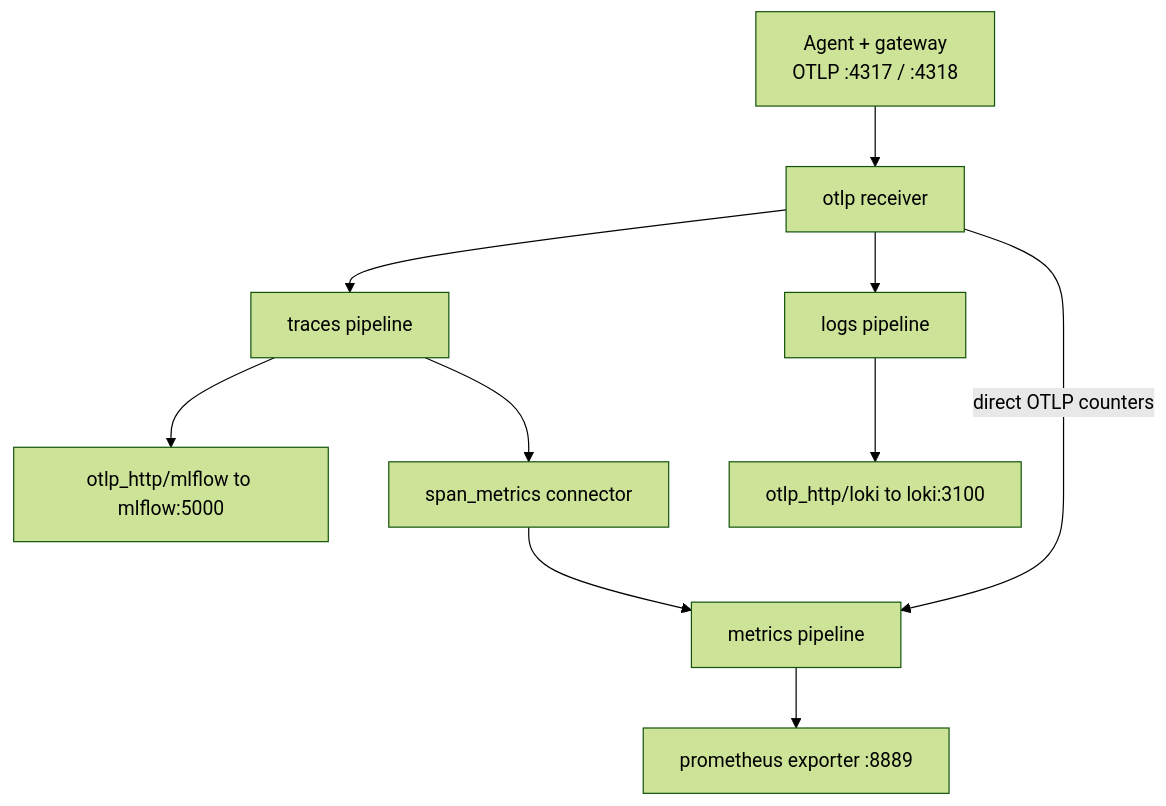
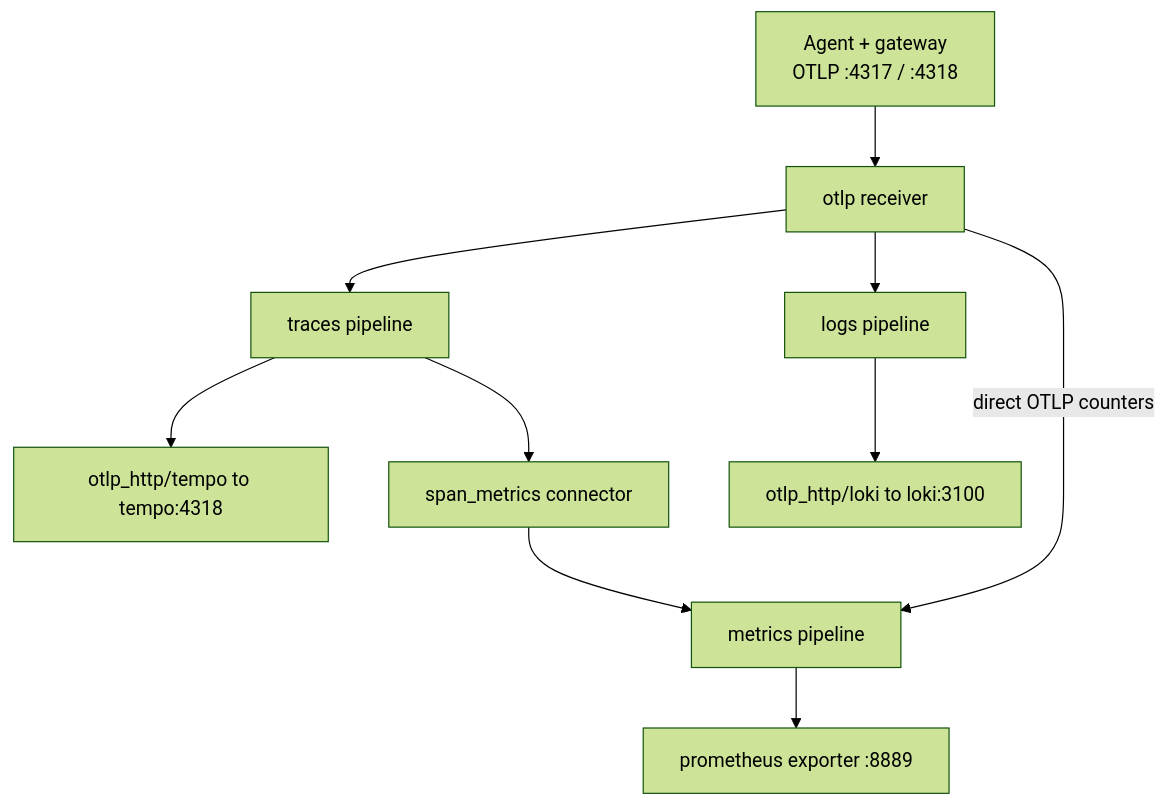
Before and after one commit to LuiGGi629/agentops-open-course: the third of 3 diagrams in content/0. Overview/0.3. Ecosystem.md, drawn with Mermaid (forest theme). The commit also changed other lines of this file and 88 other files, not shown here.

First line of the commit message:
refactor: send traces to Tempo and take MLflow out of the online path

````diff
--- a/content/0. Overview/0.3. Ecosystem.md
+++ b/content/0. Overview/0.3. Ecosystem.md
@@ -211,12 +218,12 @@
 ```mermaid
 flowchart TD
     In["Agent + gateway<br/>OTLP :4317 / :4318"] --> Recv["otlp receiver"]
     Recv --> Traces["traces pipeline"]
     Recv --> Logs["logs pipeline"]
     Recv -->|direct OTLP counters| Metrics["metrics pipeline"]
-    Traces --> ML["otlp_http/mlflow to mlflow:5000"]
+    Traces --> TempoExp["otlp_http/tempo to tempo:4318"]
     Traces --> SM["span_metrics connector"]
     SM --> Metrics
     Metrics --> PromExp["prometheus exporter :8889"]
     Logs --> LokiExp["otlp_http/loki to loki:3100"]
 ```
````
